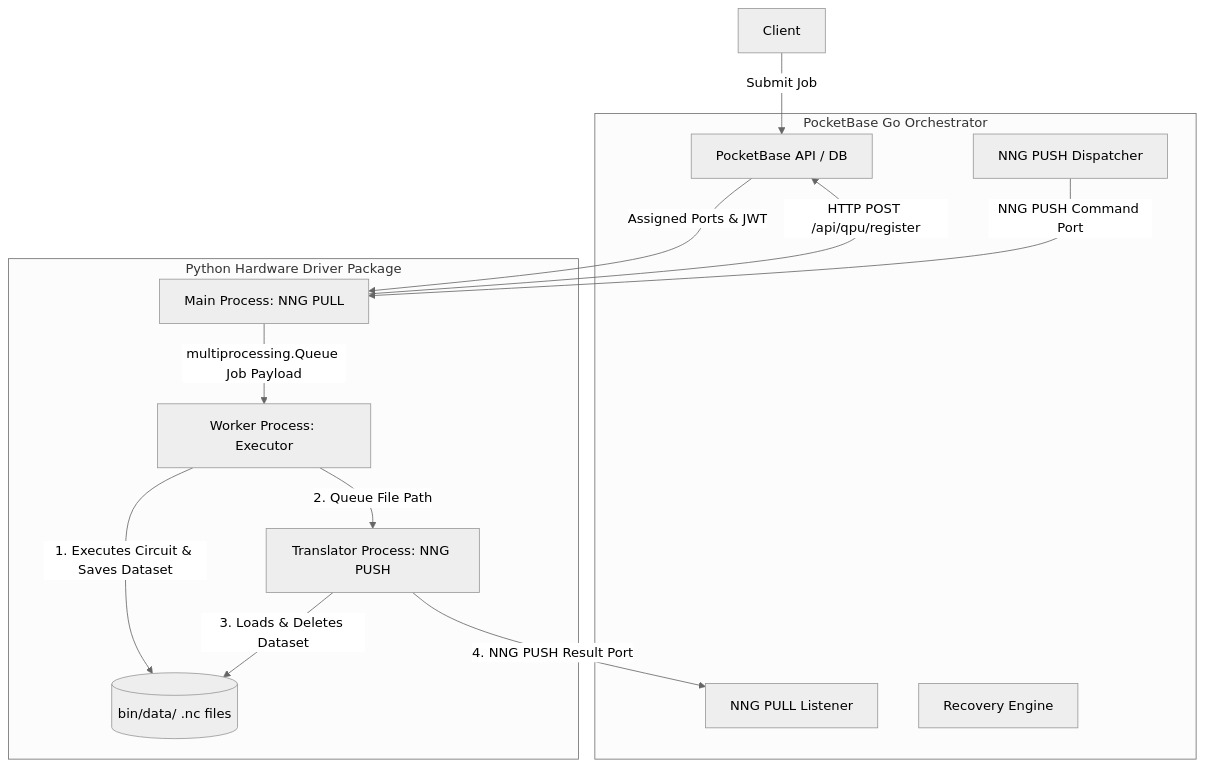
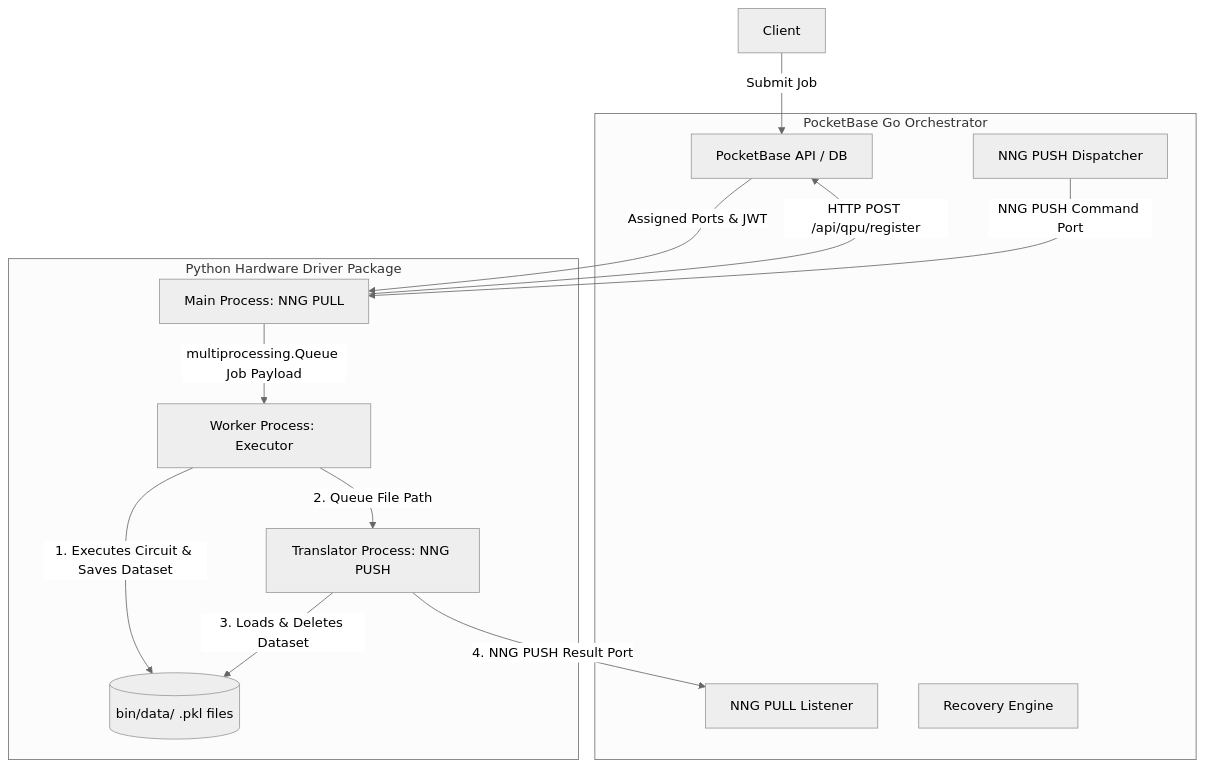
One commit to sopherapps/qpi changed the diagram in README.md. Above: the diagram before and after it, drawn with Mermaid (neutral theme). The commit also changed other lines of this file and 17 other files, not shown here.

````diff
--- a/README.md
+++ b/README.md
@@ -23,31 +23,31 @@
 ```mermaid
 graph TD
     subgraph pocketbase [PocketBase Go Orchestrator]
         PB[PocketBase API / DB]
         Dispatcher[NNG PUSH Dispatcher]
         Listener[NNG PULL Listener]
         Recovery[Recovery Engine]
     end
 
     subgraph python_driver [Python Hardware Driver Package]
         MainProc[Main Process: NNG PULL]
         Worker[Worker Process: Executor]
         Translator[Translator Process: NNG PUSH]
-        DataDir[(bin/data/ .nc files)]
+        DataDir[(bin/data/ .pkl files)]
     end
 
     %% Client Interactions
     User[Client] -->|Submit Job| PB
     
     %% Handshake & Registration
     MainProc -->|HTTP POST /api/qpu/register| PB
     PB -->|Assigned Ports & JWT| MainProc
     
     %% Multiprocessing Communication
     Dispatcher -->|NNG PUSH Command Port| MainProc
     MainProc -->|multiprocessing.Queue Job Payload| Worker
     Worker -->|1. Executes Circuit & Saves Dataset| DataDir
     Worker -->|2. Queue File Path| Translator
     Translator -->|3. Loads & Deletes Dataset| DataDir
     Translator -->|4. NNG PUSH Result Port| Listener
 ```
````
